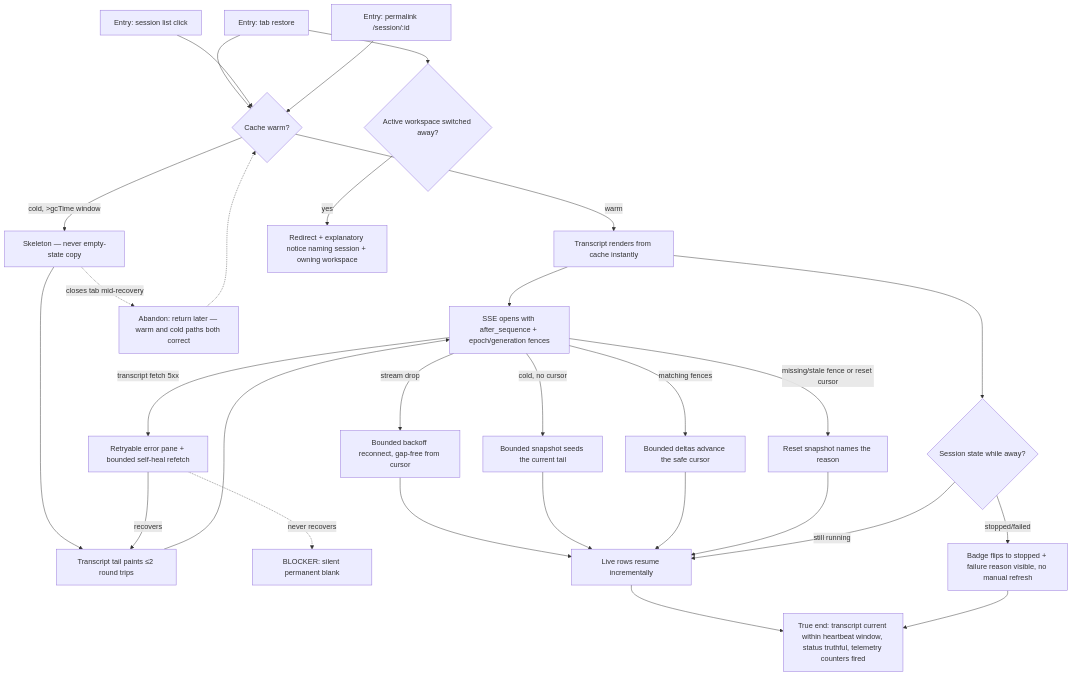
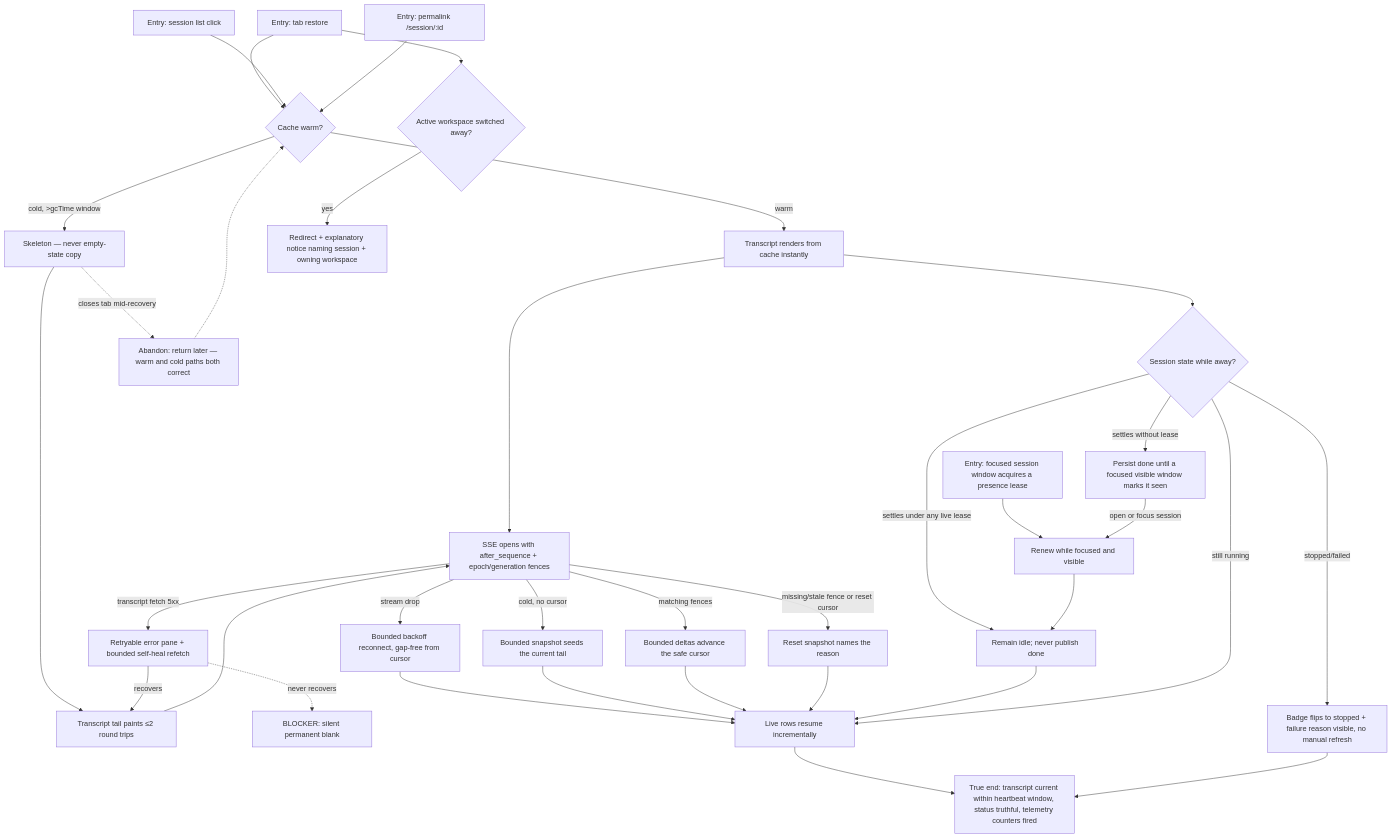
The diagram in docs/qa/journeys/J-11-return-to-running-session.md (compozy/compozy), drawn with Mermaid before and after one commit. The commit also changed other lines of this file and 28 other files, not shown here.

````diff
--- a/docs/qa/journeys/J-11-return-to-running-session.md
+++ b/docs/qa/journeys/J-11-return-to-running-session.md
@@ -5,31 +5,37 @@
 ```mermaid
 flowchart TD
     E1[Entry: tab restore] --> P{Cache warm?}
     E2[Entry: session list click] --> P
     E3[Entry: permalink /session/:id] --> P
+    E4[Entry: focused session window acquires a presence lease] --> PRES[Renew while focused and visible]
     P -->|warm| T1[Transcript renders from cache instantly]
     P -->|cold, >gcTime window| SK[Skeleton — never empty-state copy]
     SK --> T2[Transcript tail paints ≤2 round trips]
     T1 --> S[SSE opens with after_sequence + epoch/generation fences]
     T2 --> S
     S -->|cold, no cursor| SNAP[Bounded snapshot seeds the current tail]
     S -->|matching fences| DELTA[Bounded deltas advance the safe cursor]
     S -->|missing/stale fence or reset cursor| RESET[Reset snapshot names the reason]
     S -->|transcript fetch 5xx| ERR[Retryable error pane + bounded self-heal refetch]
     ERR -->|recovers| T2
     ERR -.->|never recovers| X3[BLOCKER: silent permanent blank]
     S -->|stream drop| BK[Bounded backoff reconnect, gap-free from cursor]
     BK --> LIVE
     SNAP --> LIVE[Live rows resume incrementally]
     DELTA --> LIVE
     RESET --> LIVE
     T1 --> ST{Session state while away?}
     ST -->|stopped/failed| BADGE[Badge flips to stopped + failure reason visible, no manual refresh]
+    ST -->|settles without lease| DONE[Persist done until a focused visible window marks it seen]
+    ST -->|settles under any live lease| SEEN[Remain idle; never publish done]
+    DONE -->|open or focus session| PRES
+    PRES --> SEEN
+    SEEN --> LIVE
     ST -->|still running| LIVE
     E1 --> W{Active workspace switched away?}
     W -->|yes| RN[Redirect + explanatory notice naming session + owning workspace]
     LIVE --> TE[True end: transcript current within heartbeat window, status truthful, telemetry counters fired]
     BADGE --> TE
     SK -.->|closes tab mid-recovery| AB[Abandon: return later — warm and cold paths both correct]
     AB -.-> P
 ```
````
